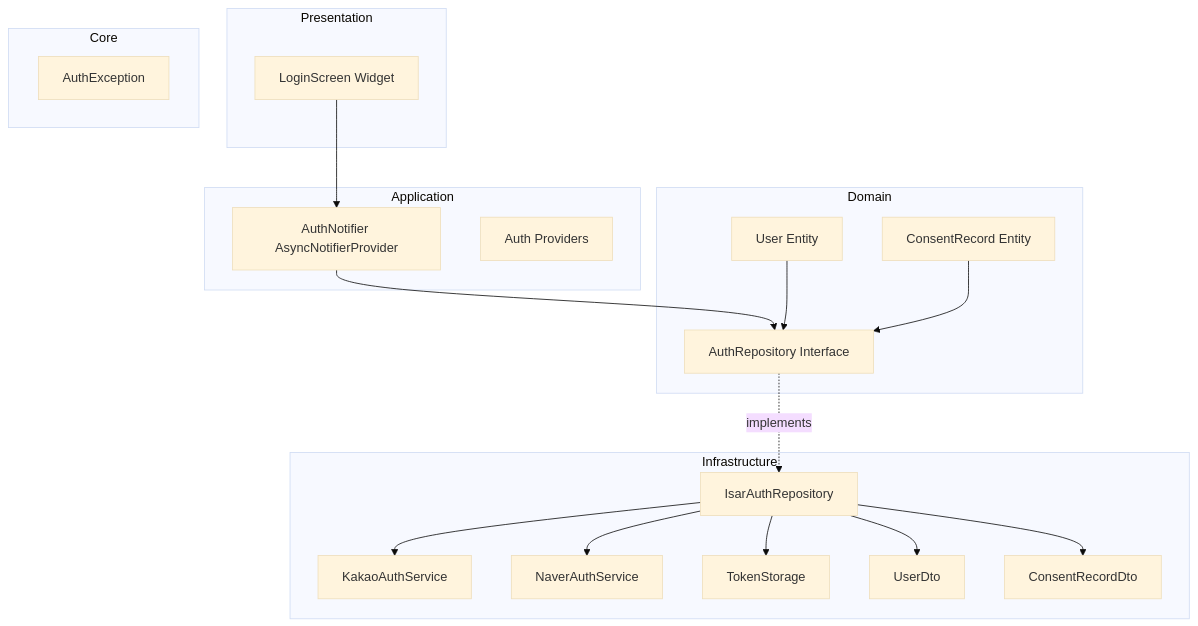
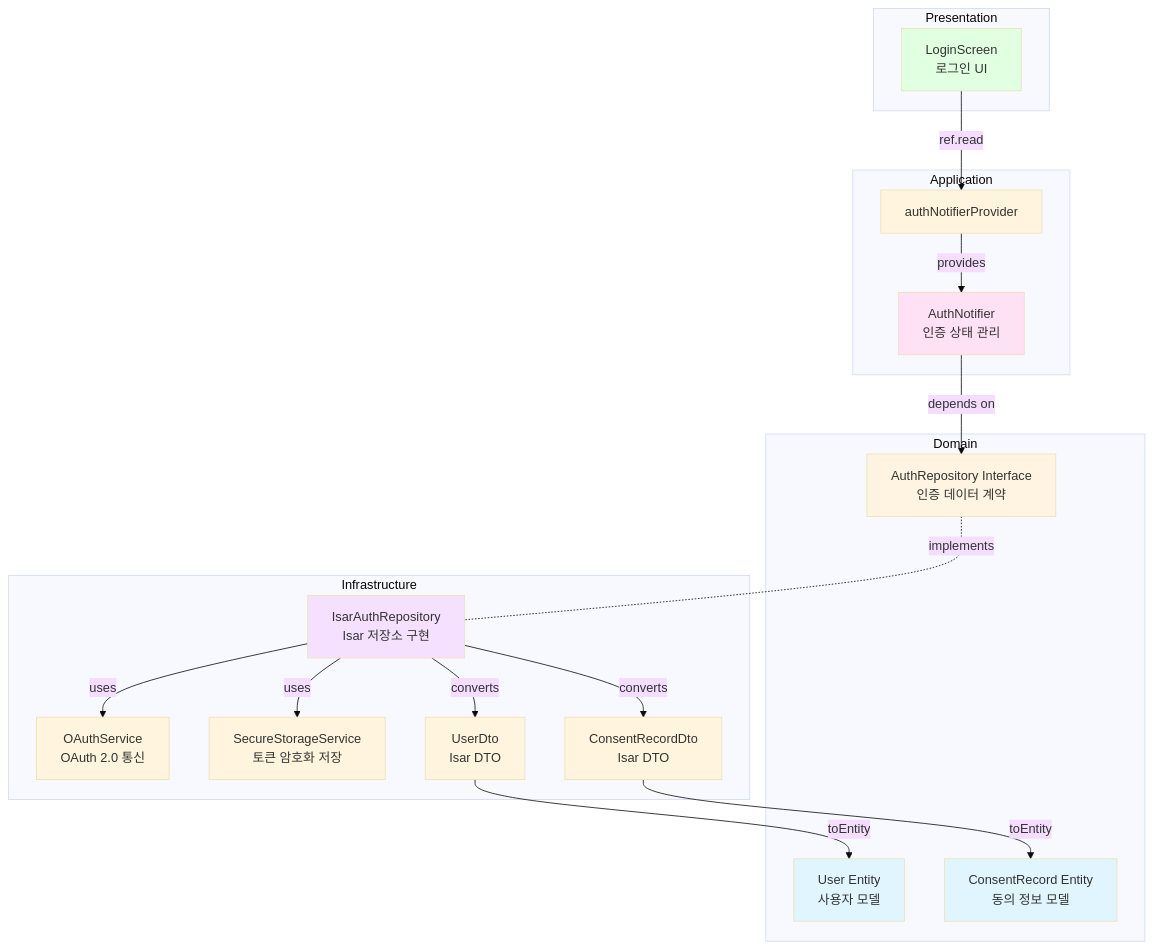
The diagram in docs/001/plan.md (pcepyon/n06), drawn with Mermaid (base theme) before and after one commit. The commit also changed other lines of this file and 18 other files, not shown here.

````diff
--- a/docs/001/plan.md
+++ b/docs/001/plan.md
@@ -27,41 +28,43 @@
 ```mermaid
-graph TD
+graph TB
     subgraph Presentation
-        LoginScreen[LoginScreen Widget]
+        LoginScreen[LoginScreen<br/>로그인 UI]
     end
 
     subgraph Application
-        AuthNotifier[AuthNotifier AsyncNotifierProvider]
-        AuthProviders[Auth Providers]
+        AuthNotifier[AuthNotifier<br/>인증 상태 관리]
+        AuthProvider[authNotifierProvider]
     end
 
     subgraph Domain
-        User[User Entity]
-        AuthRepo[AuthRepository Interface]
-        ConsentRecord[ConsentRecord Entity]
+        User[User Entity<br/>사용자 모델]
+        Consent[ConsentRecord Entity<br/>동의 정보 모델]
+        AuthRepo[AuthRepository Interface<br/>인증 데이터 계약]
     end
 
     subgraph Infrastructure
-        IsarAuthRepo[IsarAuthRepository]
-        KakaoService[KakaoAuthService]
-        NaverService[NaverAuthService]
-        TokenStorage[TokenStorage]
-        UserDto[UserDto]
-        ConsentDto[ConsentRecordDto]
+        IsarAuthRepo[IsarAuthRepository<br/>Isar 저장소 구현]
+        OAuthService[OAuthService<br/>OAuth 2.0 통신]
+        SecureStorage[SecureStorageService<br/>토큰 암호화 저장]
+        UserDto[UserDto<br/>Isar DTO]
+        ConsentDto[ConsentRecordDto<br/>Isar DTO]
     end
 
-    subgraph Core
-        AuthException[AuthException]
-    end
+    LoginScreen -->|ref.read| AuthProvider
+    AuthProvider -->|provides| AuthNotifier
+    AuthNotifier -->|depends on| AuthRepo
+    AuthRepo -.implements.- IsarAuthRepo
+    IsarAuthRepo -->|uses| OAuthService
+    IsarAuthRepo -->|uses| SecureStorage
+    IsarAuthRepo -->|converts| UserDto
+    IsarAuthRepo -->|converts| ConsentDto
+    UserDto -->|toEntity| User
+    ConsentDto -->|toEntity| Consent
 
-    LoginScreen --> AuthNotifier
-    AuthNotifier --> AuthRepo
-    AuthRepo -.implements.-> IsarAuthRepo
-    IsarAuthRepo --> KakaoService
-    IsarAuthRepo --> NaverService
-    IsarAuthRepo --> TokenStorage
-    IsarAuthRepo --> UserDto
-    IsarAuthRepo --> ConsentDto
-    User --> AuthRepo
-    ConsentRecord --> AuthRepo
+    style User fill:#e1f5ff
+    style Consent fill:#e1f5ff
+    style AuthRepo fill:#fff4e1
+    style AuthNotifier fill:#ffe1f5
+    style LoginScreen fill:#e1ffe1
+    style IsarAuthRepo fill:#f5e1ff
 ```
````
